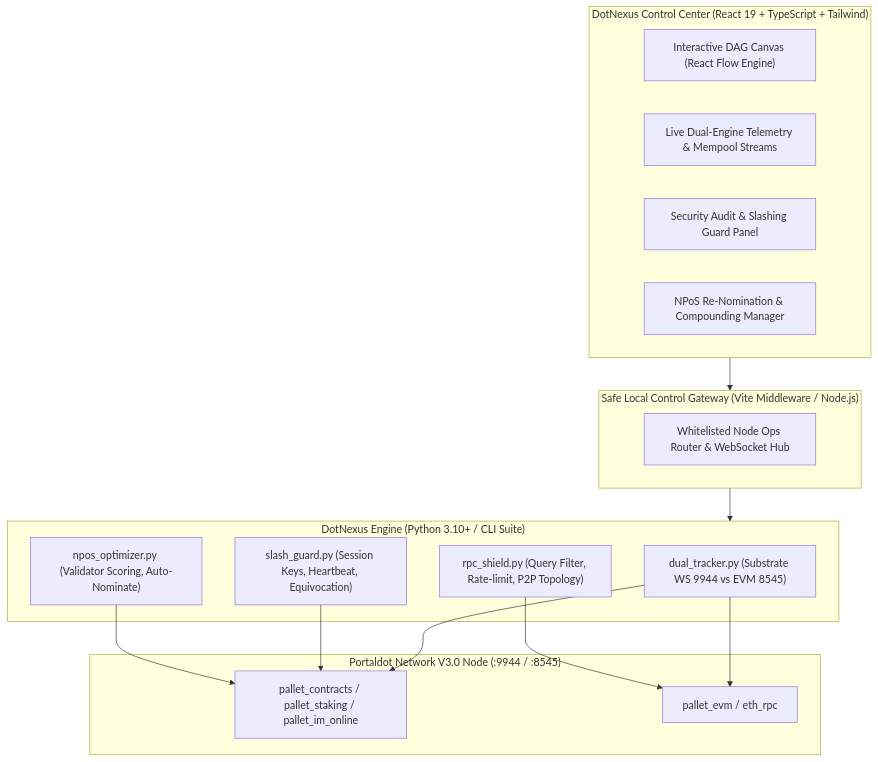
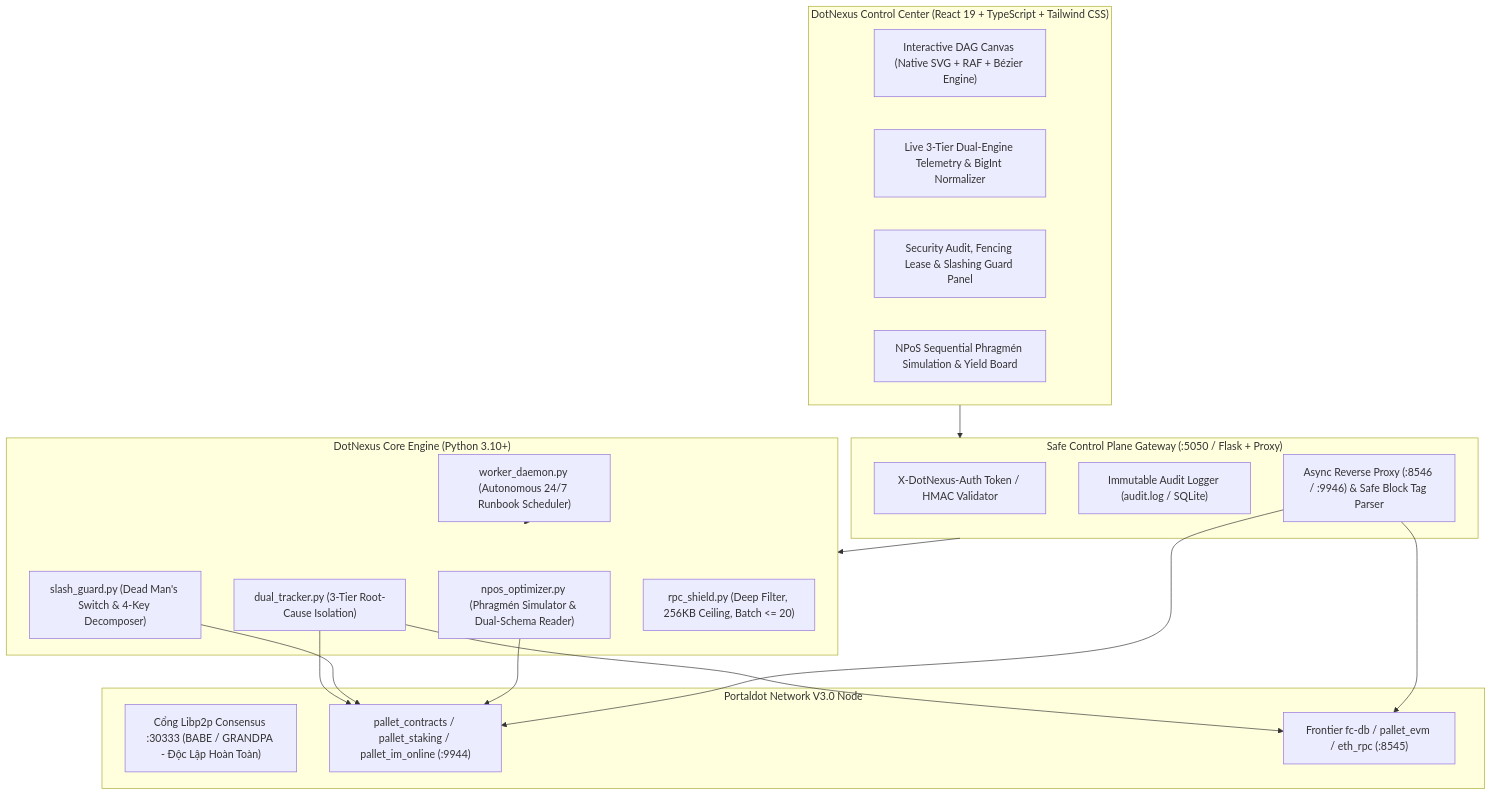
One commit to DanhCaTuanNgoc/DotNexus changed the third of 5 diagrams in PROJECT_BLUEPRINT.md. Above: the diagram before and after it, drawn with Mermaid. The commit also changed other lines of this file, not shown here.

````diff
--- a/PROJECT_BLUEPRINT.md
+++ b/PROJECT_BLUEPRINT.md
@@ -528,33 +178,39 @@
 ```mermaid
 flowchart TD
-    subgraph UI["DotNexus Control Center (React 19 + TypeScript + Tailwind)"]
-        CanvasUI["Interactive DAG Canvas (React Flow Engine)"]
-        DualVMDash["Live Dual-Engine Telemetry & Mempool Streams"]
-        SecRadar["Security Audit & Slashing Guard Panel"]
-        StakingBoard["NPoS Re-Nomination & Compounding Manager"]
+    subgraph UI["DotNexus Control Center (React 19 + TypeScript + Tailwind CSS)"]
+        CanvasUI["Interactive DAG Canvas (Native SVG + RAF + Bézier Engine)"]
+        DualVMDash["Live 3-Tier Dual-Engine Telemetry & BigInt Normalizer"]
+        SecRadar["Security Audit, Fencing Lease & Slashing Guard Panel"]
+        StakingBoard["NPoS Sequential Phragmén Simulation & Yield Board"]
     end
 
-    subgraph Gateway["Safe Local Control Gateway (Vite Middleware / Node.js)"]
-        Router["Whitelisted Node Ops Router & WebSocket Hub"]
+    subgraph SecurityGateway["Safe Control Plane Gateway (:5050 / Flask + Proxy)"]
+        AuthFilter["X-DotNexus-Auth Token / HMAC Validator"]
+        AuditService["Immutable Audit Logger (audit.log / SQLite)"]
+        ProxyModule["Async Reverse Proxy (:8546 / :9946) & Safe Block Tag Parser"]
     end
 
-    subgraph CoreEngine["DotNexus Engine (Python 3.10+ / CLI Suite)"]
-        DualMonitor["dual_tracker.py (Substrate WS 9944 vs EVM 8545)"]
-        SlashDefense["slash_guard.py (Session Keys, Heartbeat, Equivocation)"]
-        StakingAlgo["npos_optimizer.py (Validator Scoring, Auto-Nominate)"]
-        RpcShield["rpc_shield.py (Query Filter, Rate-limit, P2P Topology)"]
+    subgraph CoreEngine["DotNexus Core Engine (Python 3.10+)"]
+        DualMonitor["dual_tracker.py (3-Tier Root-Cause Isolation)"]
+        SlashDefense["slash_guard.py (Dead Man's Switch & 4-Key Decomposer)"]
+        StakingAlgo["npos_optimizer.py (Phragmén Simulator & Dual-Schema Reader)"]
+        RpcShield["rpc_shield.py (Deep Filter, 256KB Ceiling, Batch <= 20)"]
+        WorkerDaemon["worker_daemon.py (Autonomous 24/7 Runbook Scheduler)"]
     end
 
-    subgraph PortaldotNode["Portaldot Network V3.0 Node (:9944 / :8545)"]
-        PalletSubstrate["pallet_contracts / pallet_staking / pallet_im_online"]
-        PalletEVM["pallet_evm / eth_rpc"]
+    subgraph PortaldotNode["Portaldot Network V3.0 Node"]
+        P2PPort["Cổng Libp2p Consensus :30333 (BABE / GRANDPA - Độc Lập Hoàn Toàn)"]
+        PalletSubstrate["pallet_contracts / pallet_staking / pallet_im_online (:9944)"]
+        PalletEVM["Frontier fc-db / pallet_evm / eth_rpc (:8545)"]
     end
 
-    UI --> Gateway
-    Gateway --> CoreEngine
+    UI --> SecurityGateway
+    SecurityGateway --> CoreEngine
+    WorkerDaemon --> CoreEngine
     DualMonitor --> PalletSubstrate
     DualMonitor --> PalletEVM
     SlashDefense --> PalletSubstrate
     StakingAlgo --> PalletSubstrate
-    RpcShield --> PalletEVM
+    ProxyModule --> PalletEVM
+    ProxyModule --> PalletSubstrate
 ```
````
